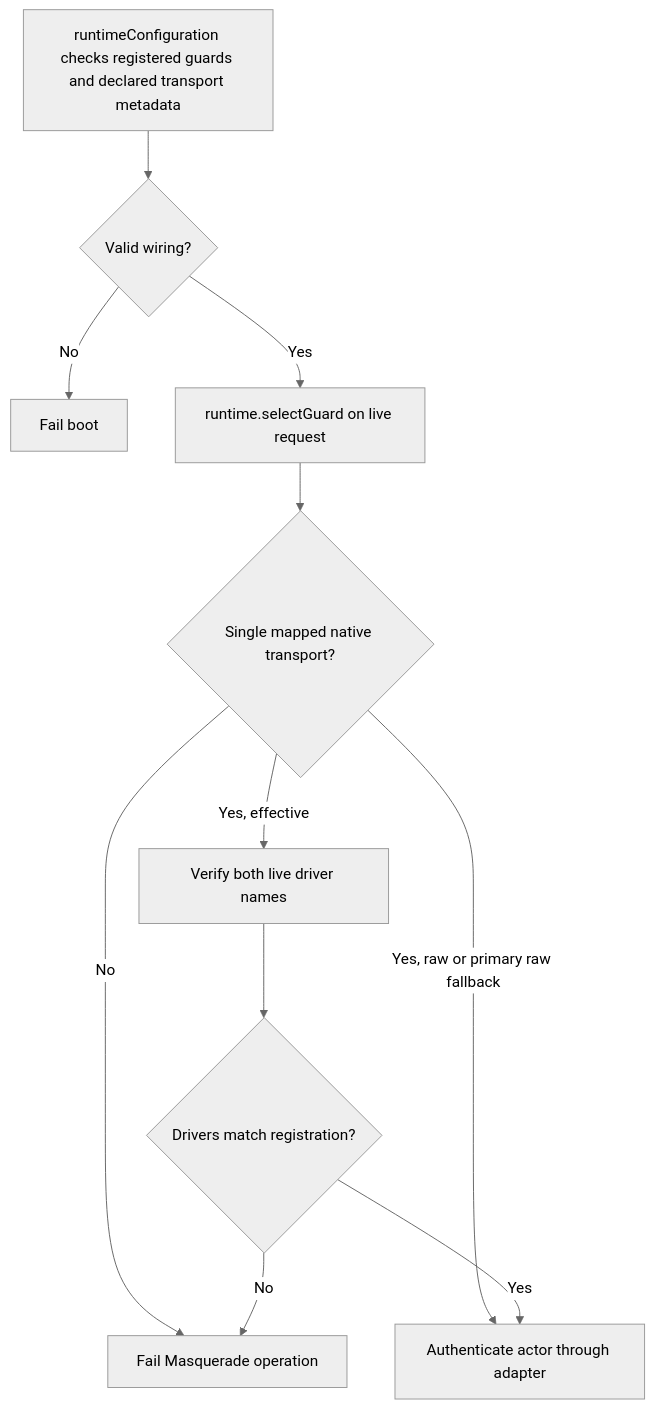
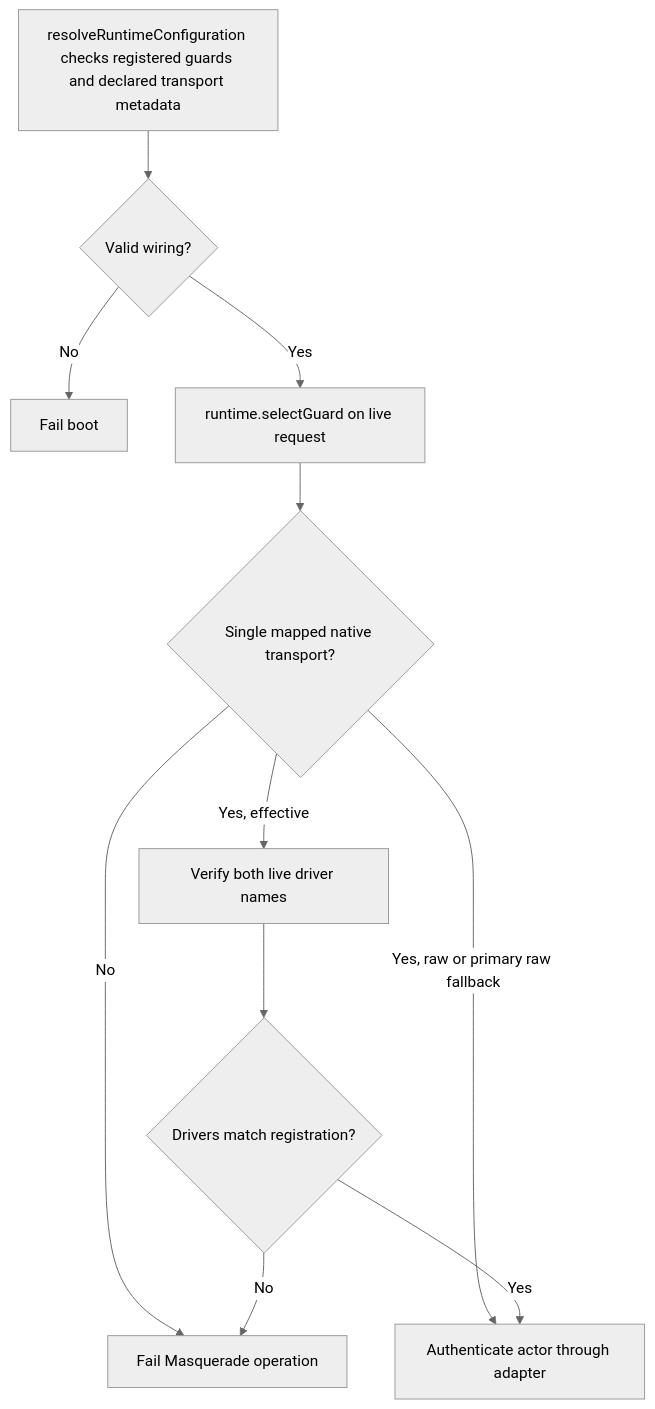
The second of 2 diagrams in user-stories/configure-masquerade/us-setup-02-select-credential-transport.md (Kevinjohn/oss-adonisjs-masquerade), drawn with Mermaid (neutral theme) before and after one commit. The commit also changed 61 other files, not shown here.

````diff
--- a/user-stories/configure-masquerade/us-setup-02-select-credential-transport.md
+++ b/user-stories/configure-masquerade/us-setup-02-select-credential-transport.md
@@ -31,13 +31,13 @@
 ```mermaid
 flowchart TD
-    P["runtimeConfiguration checks registered guards and declared transport metadata"] --> V{"Valid wiring?"}
+    P["resolveRuntimeConfiguration checks registered guards and declared transport metadata"] --> V{"Valid wiring?"}
     V -->|No| W["Fail boot"]
     V -->|Yes| A["runtime.selectGuard on live request"]
     A --> Q{"Single mapped native transport?"}
     Q -->|No| R["Fail Masquerade operation"]
     Q -->|Yes, effective| B["Verify both live driver names"]
     Q -->|Yes, raw or primary raw fallback| C["Authenticate actor through adapter"]
     B --> S{"Drivers match registration?"}
     S -->|Yes| C
     S -->|No| R
 ```
````
